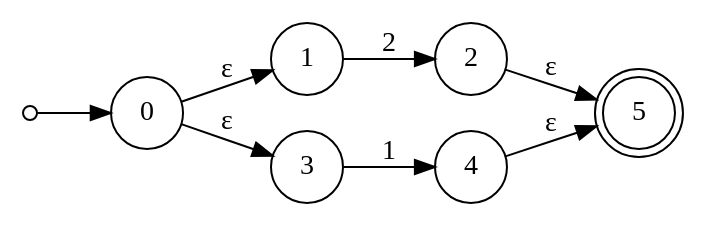
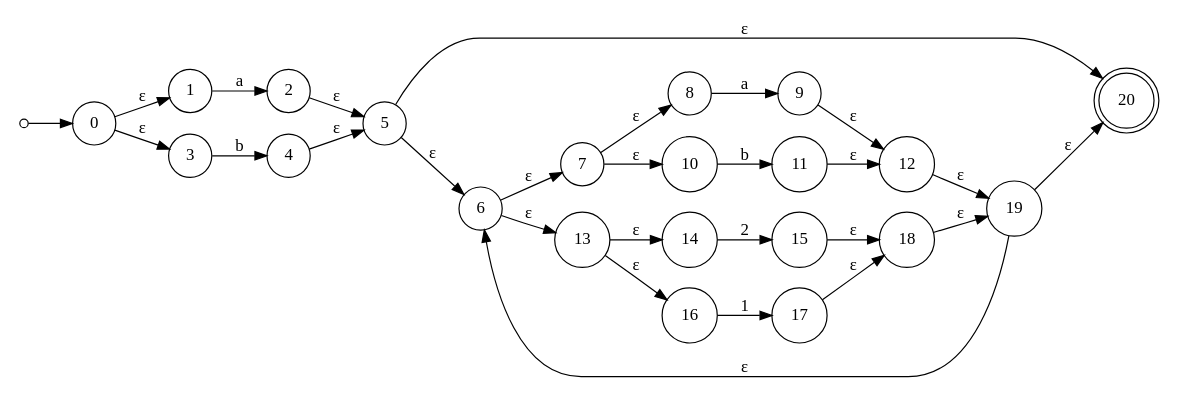
The diagram in nfa2.gv (EstebanAG1005/LaboratorioC-Lenguajes), drawn with Graphviz before and after one commit. The commit also changed 12 other files, not shown here.

```diff
--- a/nfa2.gv
+++ b/nfa2.gv
@@ -1,14 +1,34 @@
 digraph {
 	rankdir=LR size="8,5"
 	node [shape=doublecircle]
-	5
+	20
 	node [shape=circle]
 	start [label="" height=0.1 width=0.1]
 	start -> 0 [label=""]
 	0 -> 1 [label="ε"]
 	0 -> 3 [label="ε"]
-	1 -> 2 [label=2]
-	3 -> 4 [label=1]
+	1 -> 2 [label=a]
+	3 -> 4 [label=b]
 	2 -> 5 [label="ε"]
 	4 -> 5 [label="ε"]
+	5 -> 6 [label="ε"]
+	5 -> 20 [label="ε"]
+	6 -> 7 [label="ε"]
+	6 -> 13 [label="ε"]
+	7 -> 8 [label="ε"]
+	7 -> 10 [label="ε"]
+	8 -> 9 [label=a]
+	10 -> 11 [label=b]
+	9 -> 12 [label="ε"]
+	11 -> 12 [label="ε"]
+	13 -> 14 [label="ε"]
+	13 -> 16 [label="ε"]
+	14 -> 15 [label=2]
+	16 -> 17 [label=1]
+	15 -> 18 [label="ε"]
+	17 -> 18 [label="ε"]
+	12 -> 19 [label="ε"]
+	18 -> 19 [label="ε"]
+	19 -> 6 [label="ε"]
+	19 -> 20 [label="ε"]
 }
```
